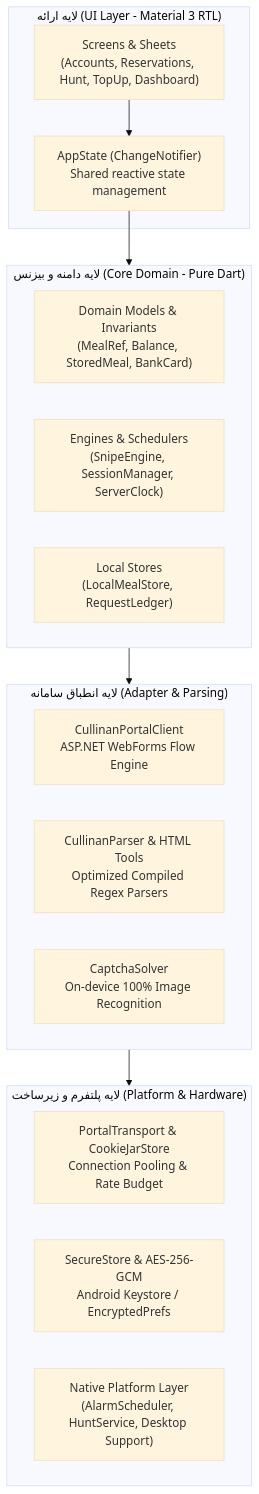
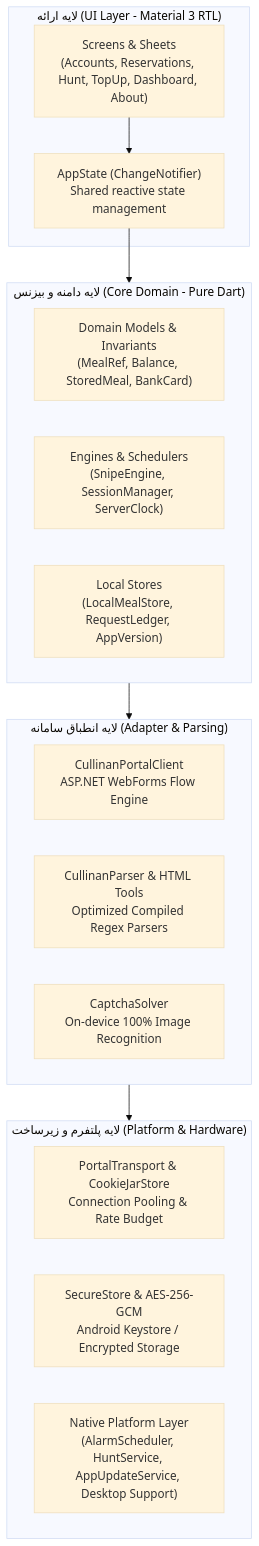
One commit to Ashekofteh/Bahonar-Nut changed the diagram in README.md. Above: the diagram before and after it, drawn with Mermaid (base theme). The commit also changed other lines of this file and 2 other files, not shown here.

Commit message:
docs: update repository documentation, architecture, test badges, and build guides

````diff
--- a/README.md
+++ b/README.md
@@ -132,30 +143,30 @@
 ```mermaid
 flowchart TD
     subgraph UI ["لایه ارائه (UI Layer - Material 3 RTL)"]
-        Screens["Screens & Sheets\n(Accounts, Reservations, Hunt, TopUp, Dashboard)"]
+        Screens["Screens & Sheets\n(Accounts, Reservations, Hunt, TopUp, Dashboard, About)"]
         State["AppState (ChangeNotifier)\nShared reactive state management"]
     end
 
     subgraph Core ["لایه دامنه و بیزنس (Core Domain - Pure Dart)"]
         Models["Domain Models & Invariants\n(MealRef, Balance, StoredMeal, BankCard)"]
         Engines["Engines & Schedulers\n(SnipeEngine, SessionManager, ServerClock)"]
-        LocalStores["Local Stores\n(LocalMealStore, RequestLedger)"]
+        LocalStores["Local Stores\n(LocalMealStore, RequestLedger, AppVersion)"]
     end
 
     subgraph Adapter ["لایه انطباق سامانه (Adapter & Parsing)"]
         CullinanClient["CullinanPortalClient\nASP.NET WebForms Flow Engine"]
         CullinanParser["CullinanParser & HTML Tools\nOptimized Compiled Regex Parsers"]
         CaptchaSolver["CaptchaSolver\nOn-device 100% Image Recognition"]
     end
 
     subgraph Platform ["لایه پلتفرم و زیرساخت (Platform & Hardware)"]
         Transport["PortalTransport & CookieJarStore\nConnection Pooling & Rate Budget"]
-        Security["SecureStore & AES-256-GCM\nAndroid Keystore / EncryptedPrefs"]
-        NativeService["Native Platform Layer\n(AlarmScheduler, HuntService, Desktop Support)"]
+        Security["SecureStore & AES-256-GCM\nAndroid Keystore / Encrypted Storage"]
+        NativeService["Native Platform Layer\n(AlarmScheduler, HuntService, AppUpdateService, Desktop Support)"]
     end
 
     Screens --> State
     State --> Core
     Core --> Adapter
     Adapter --> Platform
 ```
````
